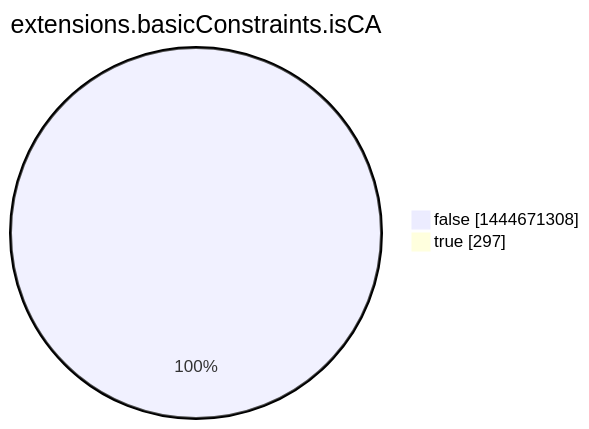
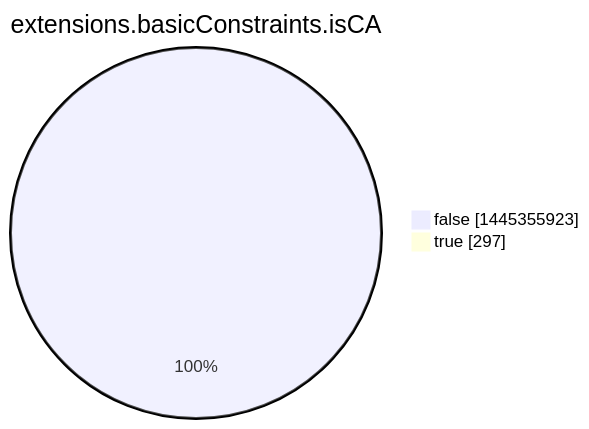
The eighth of 15 diagrams in argon2022/README.md (christiankrug/ctmonitor_visualization), drawn with Mermaid before and after one commit. The commit also changed other lines of this file, not shown here.

````diff
--- a/argon2022/README.md
+++ b/argon2022/README.md
@@ -2760,6 +2760,6 @@
 ```mermaid
 pie showData
 title extensions.basicConstraints.isCA
-"false" :1444671308
+"false" :1445355923
 "true" :297
 ```
````
